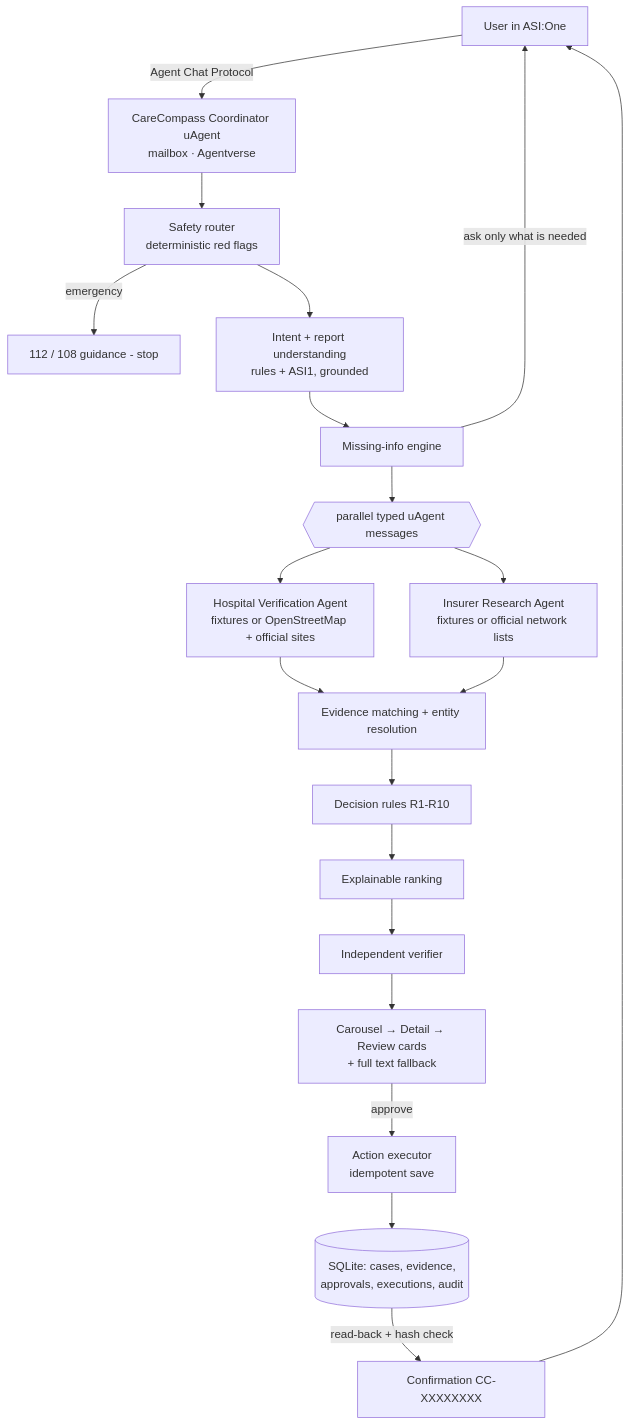
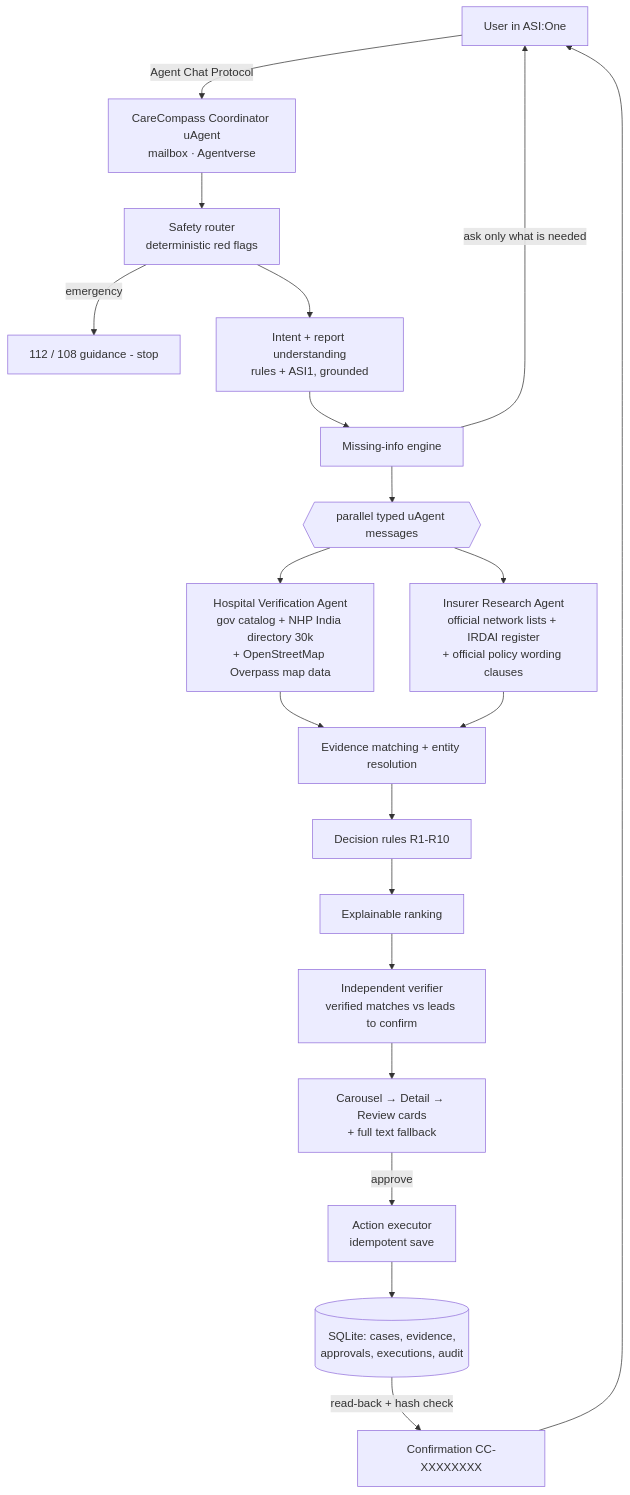
Before and after one commit to Mananfrfr/CareCompass_AI: the diagram in README.md, drawn with Mermaid. The commit also changed other lines of this file and 34 other files, not shown here.

First line of the commit message:
India-wide hospital coverage, Overpass map discovery, real-insurer policy intelligence, payment fixes

````diff
--- a/README.md
+++ b/README.md
@@ -42,22 +42,22 @@
 ```mermaid
 flowchart TD
     U[User in ASI:One] -->|Agent Chat Protocol| C[CareCompass Coordinator uAgent<br/>mailbox · Agentverse]
     C --> S[Safety router<br/>deterministic red flags]
     S -->|emergency| E[112 / 108 guidance - stop]
     S --> I[Intent + report understanding<br/>rules + ASI1, grounded]
     I --> Q[Missing-info engine]
     Q -->|ask only what is needed| U
     Q --> P{{parallel typed uAgent messages}}
-    P --> H[Hospital Verification Agent<br/>fixtures or OpenStreetMap + official sites]
-    P --> N[Insurer Research Agent<br/>fixtures or official network lists]
+    P --> H[Hospital Verification Agent<br/>gov catalog + NHP India directory 30k<br/>+ OpenStreetMap Overpass map data]
+    P --> N[Insurer Research Agent<br/>official network lists + IRDAI register<br/>+ official policy wording clauses]
     H --> M[Evidence matching + entity resolution]
     N --> M
     M --> R[Decision rules R1-R10]
     R --> K[Explainable ranking]
-    K --> V[Independent verifier]
+    K --> V[Independent verifier<br/>verified matches vs leads to confirm]
     V --> CARD[Carousel → Detail → Review cards<br/>+ full text fallback]
     CARD -->|approve| X[Action executor<br/>idempotent save]
     X --> DB[(SQLite: cases, evidence,<br/>approvals, executions, audit)]
     DB -->|read-back + hash check| OK[Confirmation CC-XXXXXXXX]
     OK --> U
 ```
````
